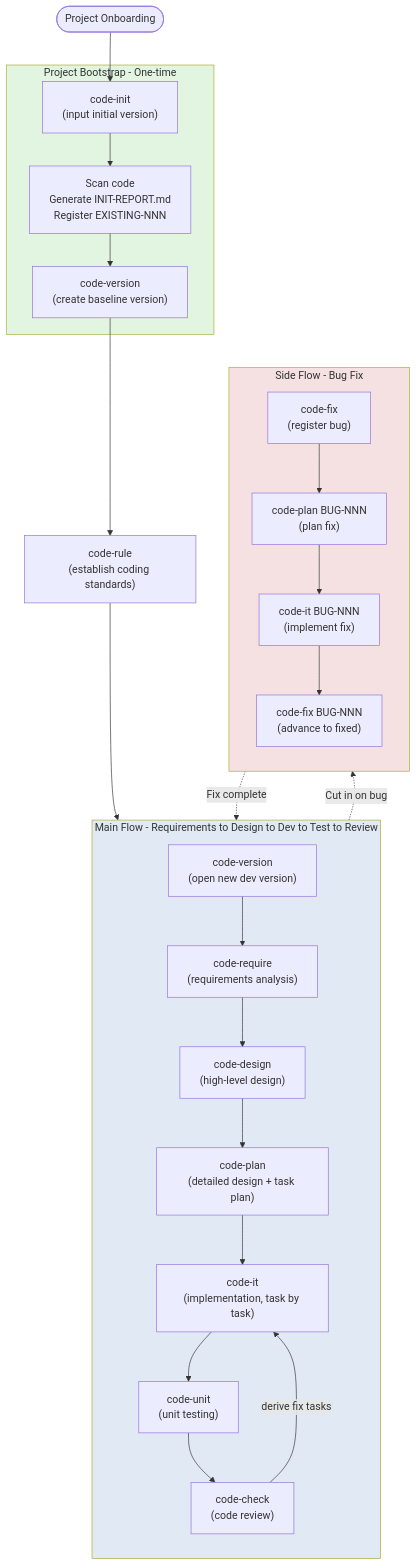
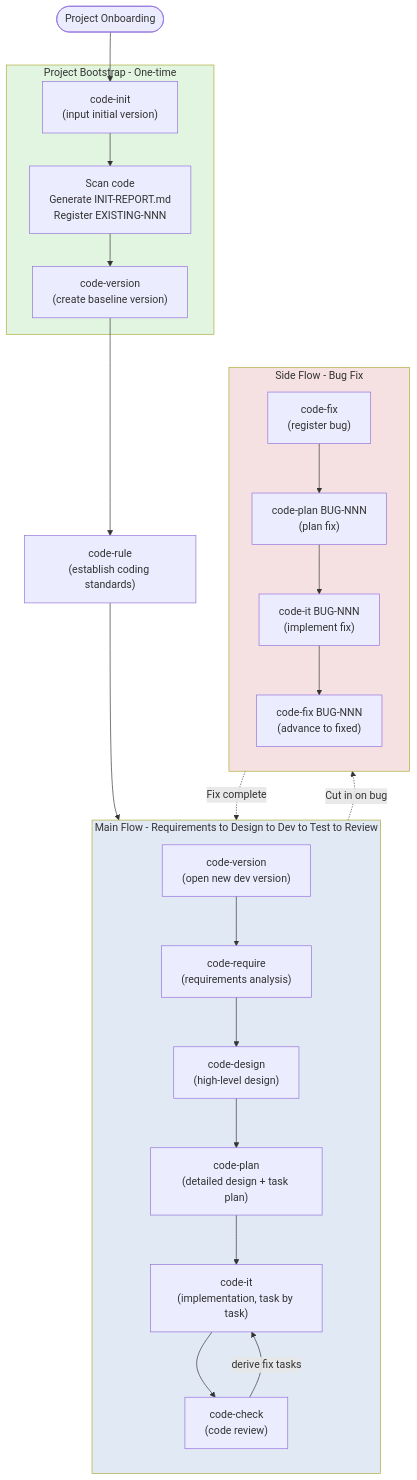
Before and after one commit to wm123450405/code-skills: the diagram in plugins/code-skills/README.en.md, drawn with Mermaid. The commit also changed other lines of this file and 9 other files, not shown here.

Commit message:
chore(code-it): REQ-00034 4 README + CLAUDE.md 字面改写去 code-unit 引用

````diff
--- a/plugins/code-skills/README.en.md
+++ b/plugins/code-skills/README.en.md
@@ -214,37 +213,36 @@
 ```mermaid
 flowchart TD
     Start([Project Onboarding]) --> A
 
     subgraph Bootstrap[Project Bootstrap - One-time]
         A["code-init<br/>(input initial version)"] --> A1[Scan code<br/>Generate INIT-REPORT.md<br/>Register EXISTING-NNN]
         A1 --> B["code-version<br/>(create baseline version)"]
     end
 
     B --> C["code-rule<br/>(establish coding standards)"]
     C --> D["code-version<br/>(open new dev version)"]
 
     subgraph MainFlow[Main Flow - Requirements to Design to Dev to Test to Review]
         direction TB
         D --> E["code-require<br/>(requirements analysis)"]
         E --> F["code-design<br/>(high-level design)"]
         F --> G["code-plan<br/>(detailed design + task plan)"]
         G --> H["code-it<br/>(implementation, task by task)"]
-        H --> I["code-unit<br/>(unit testing)"]
-        I --> J["code-check<br/>(code review)"]
-        J -->|"derive fix tasks"| H
+        H --> I["code-check<br/>(code review)"]
+        I -->|"derive fix tasks"| H
     end
 
     subgraph SideFlow[Side Flow - Bug Fix]
         direction TB
         K1["code-fix<br/>(register bug)"] --> K2["code-plan BUG-NNN<br/>(plan fix)"]
         K2 --> K3["code-it BUG-NNN<br/>(implement fix)"]
         K3 --> K4["code-fix BUG-NNN<br/>(advance to fixed)"]
     end
 
     MainFlow -.Cut in on bug.-> SideFlow
     SideFlow -.Fix complete.-> MainFlow
 
     style Bootstrap fill:#e1f5e1
     style MainFlow fill:#e1e9f5
     style SideFlow fill:#f5e1e1
 ```
````
